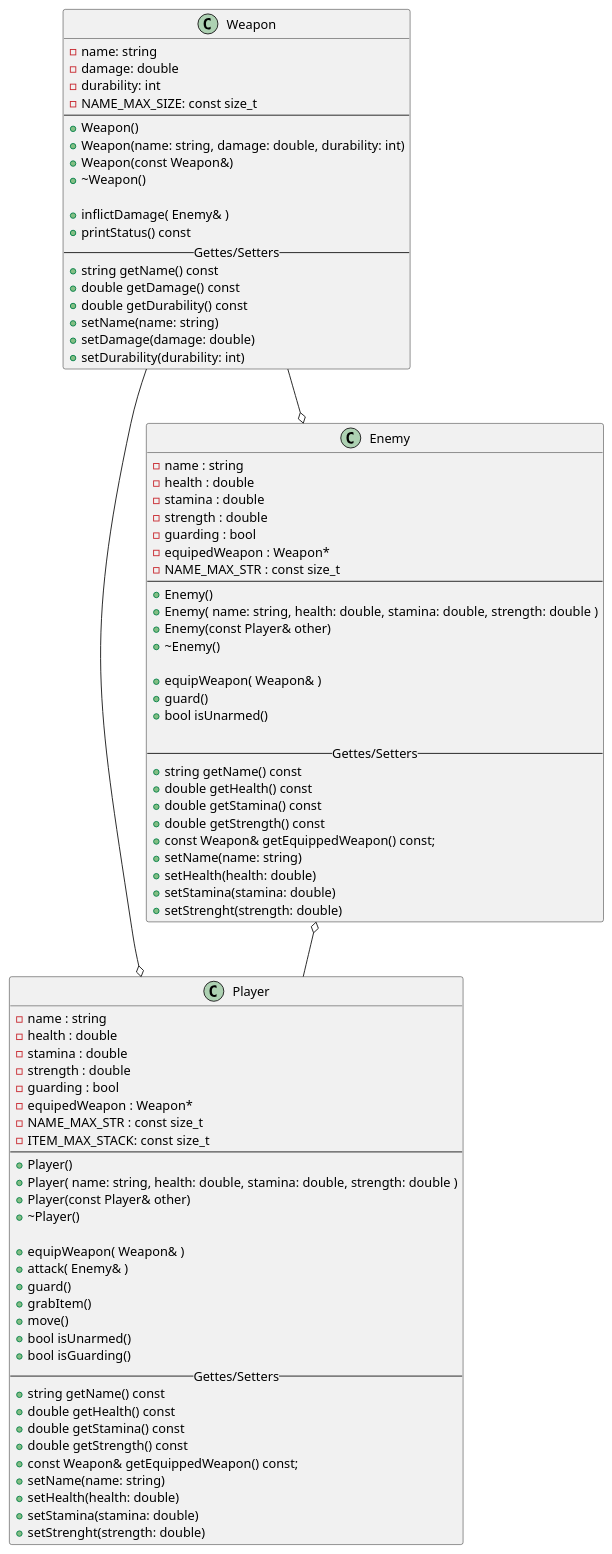
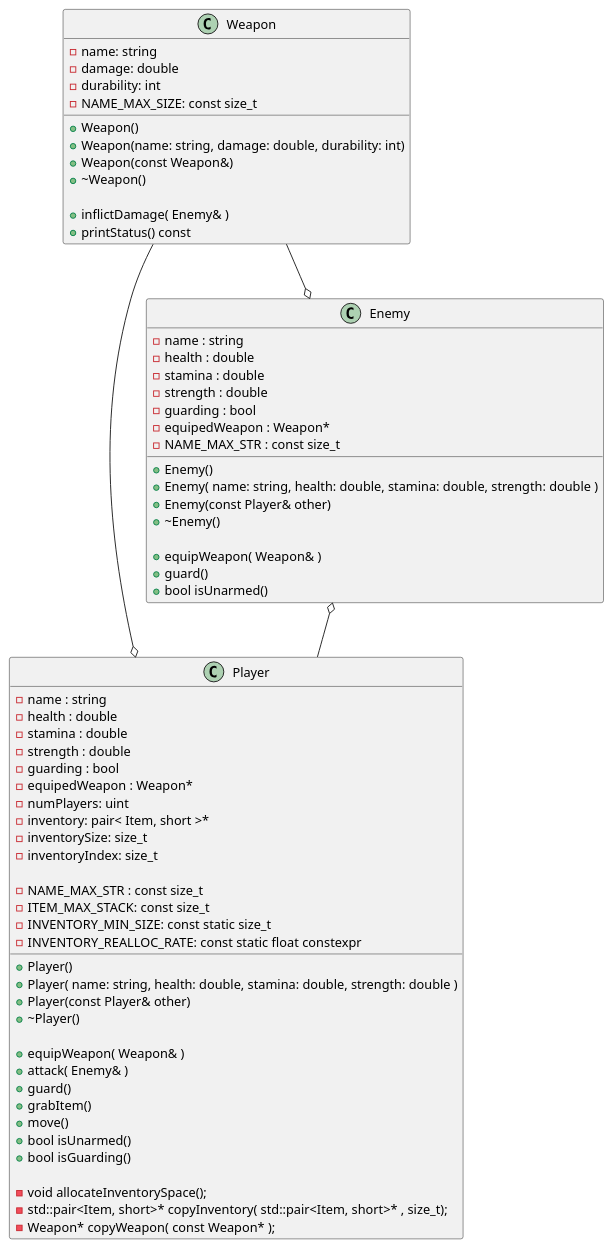
One commit to Stopfield/DarkSoulsCpp changed the diagram in Diagram.plantuml. Above: the diagram before and after it, drawn with PlantUML. The commit also changed 5 other files, not shown here.

```diff
--- a/Diagram.plantuml
+++ b/Diagram.plantuml
@@ -1,92 +1,77 @@
-@startuml Nome
-
+@startuml
 class Player {
     - name : string
     - health : double
     - stamina : double
     - strength : double
     - guarding : bool
     - equipedWeapon : Weapon*
+    - numPlayers: uint
+    - inventory: pair< Item, short >*
+    - inventorySize: size_t
+    - inventoryIndex: size_t
+
     - NAME_MAX_STR : const size_t 
     - ITEM_MAX_STACK: const size_t
-    --
+    - INVENTORY_MIN_SIZE: const static size_t
+    - INVENTORY_REALLOC_RATE: const static float constexpr
+
+
     + Player()
     + Player( name: string, health: double, stamina: double, strength: double )
     + Player(const Player& other)
     + ~Player()
 
     + equipWeapon( Weapon& )
     + attack( Enemy& )
     + guard()
     + grabItem()
     + move()
     + bool isUnarmed()
     + bool isGuarding()
-    -- Gettes/Setters --
-    + string getName() const
-    + double getHealth() const
-    + double getStamina() const
-    + double getStrength() const
-    + const Weapon& getEquippedWeapon() const;
-    + setName(name: string)
-    + setHealth(health: double)
-    + setStamina(stamina: double)
-    + setStrenght(strength: double)
+
+    - void allocateInventorySpace();
+    - std::pair<Item, short>* copyInventory( std::pair<Item, short>* , size_t);
+    - Weapon* copyWeapon( const Weapon* );
+
 }
 
 class Enemy {
     - name : string
     - health : double
     - stamina : double
     - strength : double
     - guarding : bool
     - equipedWeapon : Weapon*
     - NAME_MAX_STR : const size_t 
-    --
+    
     + Enemy()
     + Enemy( name: string, health: double, stamina: double, strength: double )
     + Enemy(const Player& other)
     + ~Enemy()
 
     + equipWeapon( Weapon& )
     + guard()
     + bool isUnarmed()
 
-    -- Gettes/Setters --
-    + string getName() const
-    + double getHealth() const
-    + double getStamina() const
-    + double getStrength() const
-    + const Weapon& getEquippedWeapon() const;
-    + setName(name: string)
-    + setHealth(health: double)
-    + setStamina(stamina: double)
-    + setStrenght(strength: double)
 }
 
 class Weapon {
     - name: string
     - damage: double
     - durability: int
     - NAME_MAX_SIZE: const size_t
-    --
+
     + Weapon()
     + Weapon(name: string, damage: double, durability: int)
     + Weapon(const Weapon&)
     + ~Weapon()
 
     + inflictDamage( Enemy& )
     + printStatus() const
-    -- Gettes/Setters --
-    + string getName() const
-    + double getDamage() const
-    + double getDurability() const
-    + setName(name: string)
-    + setDamage(damage: double)
-    + setDurability(durability: int)
 }
 
 Weapon --o Player
 Weapon --o Enemy
 Enemy o-- Player
 @enduml
```
